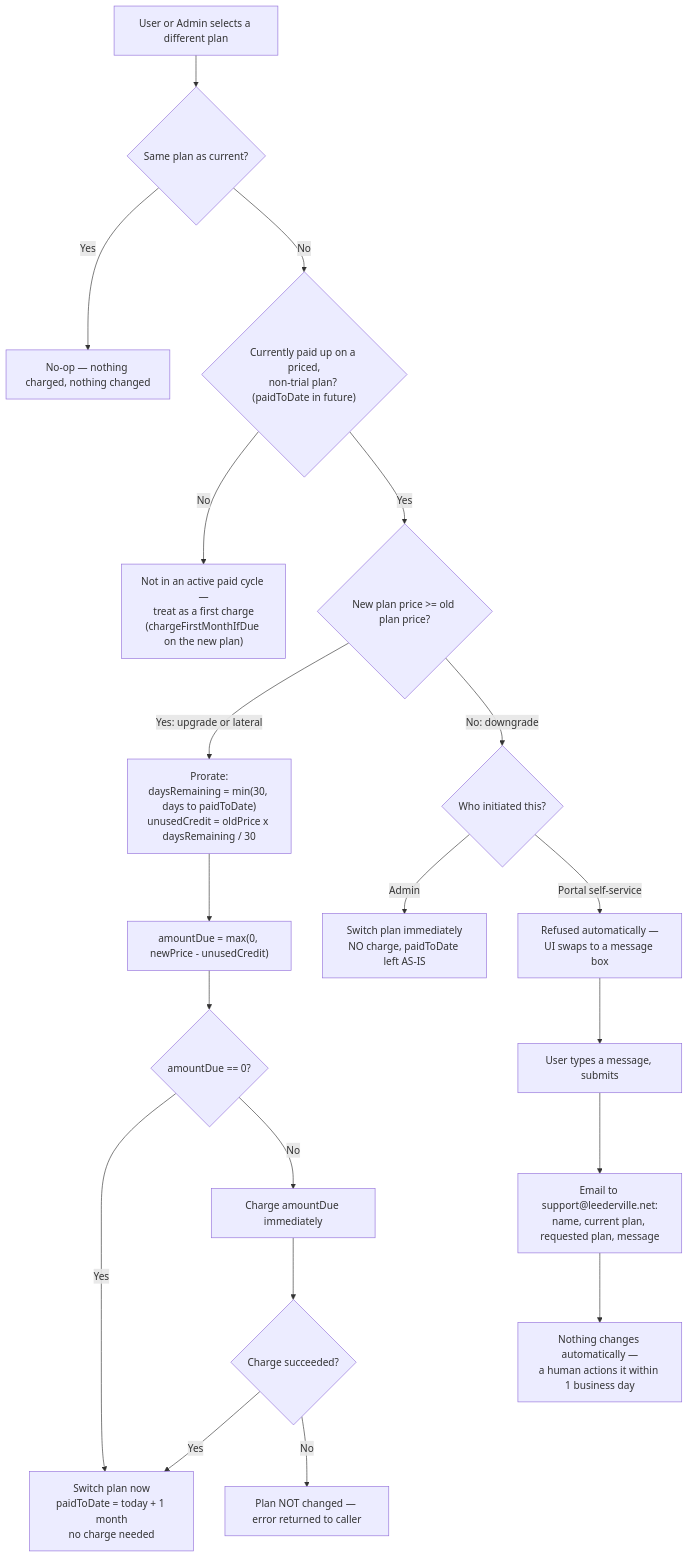
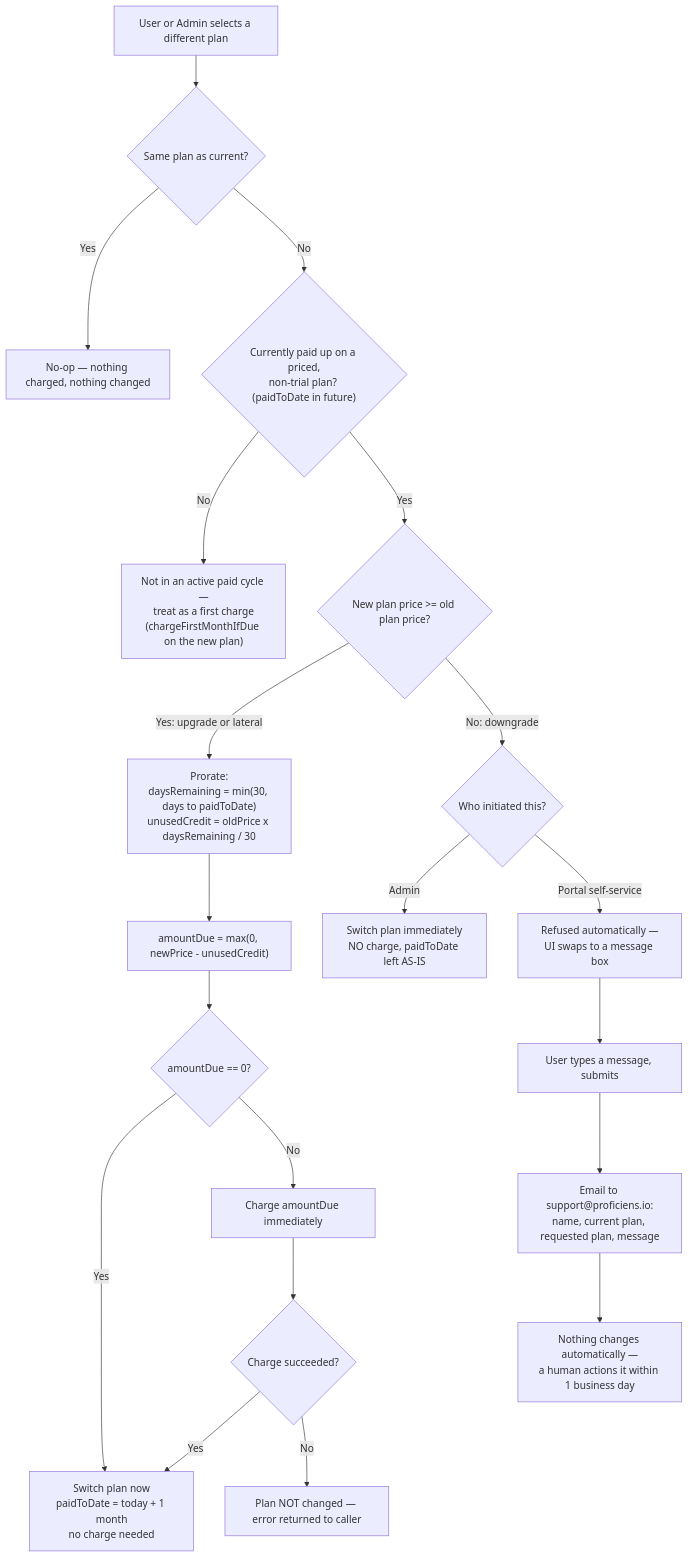
One commit to joeman155/SFTPManager changed the diagram in docs/design/images/process-plan-changes.mmd. Above: the diagram before and after it, drawn with Mermaid. The commit also changed 22 other files, not shown here.

```diff
--- a/docs/design/images/process-plan-changes.mmd
+++ b/docs/design/images/process-plan-changes.mmd
@@ -1,24 +1,24 @@
 flowchart TD
     A[User or Admin selects a different plan] --> B{Same plan as current?}
     B -->|Yes| C[No-op — nothing charged, nothing changed]
 
     B -->|No| D{"Currently paid up on a priced,<br/>non-trial plan? (paidToDate in future)"}
     D -->|No| E["Not in an active paid cycle —<br/>treat as a first charge<br/>(chargeFirstMonthIfDue on the new plan)"]
 
     D -->|Yes| F{New plan price >= old plan price?}
 
     F -->|Yes: upgrade or lateral| G["Prorate:<br/>daysRemaining = min(30, days to paidToDate)<br/>unusedCredit = oldPrice x daysRemaining / 30"]
     G --> H["amountDue = max(0, newPrice - unusedCredit)"]
     H --> I{amountDue == 0?}
     I -->|Yes| J["Switch plan now<br/>paidToDate = today + 1 month<br/>no charge needed"]
     I -->|No| K[Charge amountDue immediately]
     K --> L{Charge succeeded?}
     L -->|Yes| J
     L -->|No| M[Plan NOT changed — error returned to caller]
 
     F -->|No: downgrade| N{Who initiated this?}
     N -->|Admin| O["Switch plan immediately<br/>NO charge, paidToDate left AS-IS"]
     N -->|Portal self-service| P["Refused automatically —<br/>UI swaps to a message box"]
     P --> Q[User types a message, submits]
-    Q --> R["Email to support@leederville.net:<br/>name, current plan, requested plan, message"]
+    Q --> R["Email to support@proficiens.io:<br/>name, current plan, requested plan, message"]
     R --> S["Nothing changes automatically —<br/>a human actions it within 1 business day"]
```
